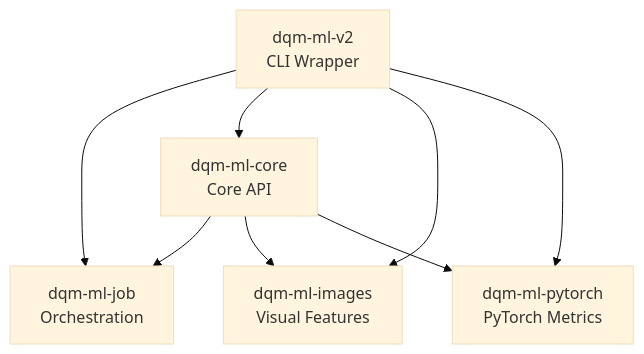
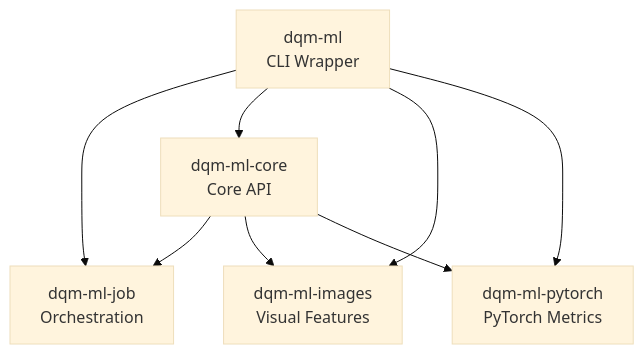
The first of 2 diagrams in docs/dqm-ml-overview.md (Safenai/dqm-ml-workspace), drawn with Mermaid (base theme) before and after one commit. The commit also changed other lines of this file and 14 other files, not shown here.

````diff
--- a/docs/dqm-ml-overview.md
+++ b/docs/dqm-ml-overview.md
@@ -26,10 +26,10 @@
 ```mermaid
 flowchart TB
     core[dqm-ml-core<br/>Core API] --> job[dqm-ml-job<br/>Orchestration]
     core --> images[dqm-ml-images<br/>Visual Features]
     core --> pytorch[dqm-ml-pytorch<br/>PyTorch Metrics]
-    v2[dqm-ml-v2<br/>CLI Wrapper] --> job
-    v2 --> core
-    v2 --> images
-    v2 --> pytorch
+    cli[dqm-ml<br/>CLI Wrapper] --> job
+    cli --> core
+    cli --> images
+    cli --> pytorch
 ```
````
